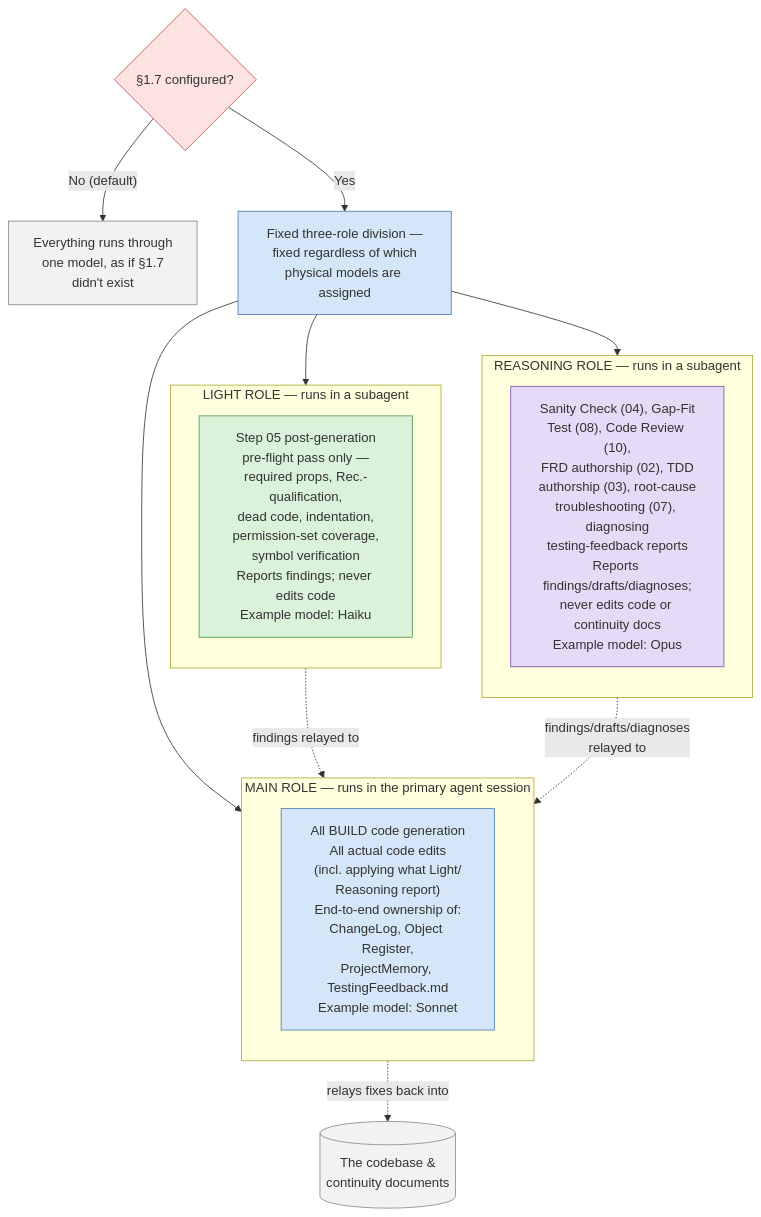
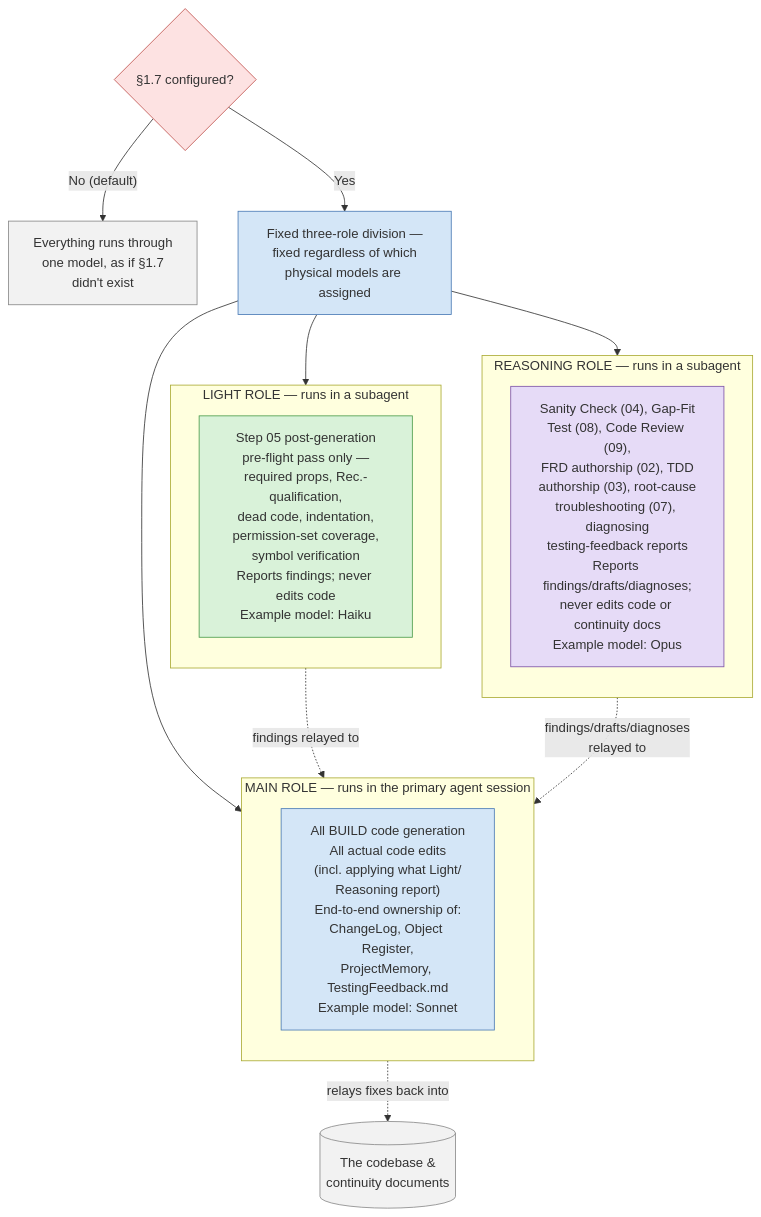
The eighth of 8 diagrams in RunbookSchematics.md (ajansari/ocpfBcAgenticDevFramework), drawn with Mermaid before and after one commit. The commit also changed other lines of this file and 3 other files, not shown here.

````diff
--- a/RunbookSchematics.md
+++ b/RunbookSchematics.md
@@ -364,42 +392,42 @@
 ```mermaid
 flowchart TD
     Config{"§1.7 configured?"}
     Config -- "No (default)" --> OneModel["Everything runs through<br/>one model, as if §1.7<br/>didn't exist"]
     Config -- "Yes" --> ThreeRoles["Fixed three-role division —<br/>fixed regardless of which<br/>physical models are assigned"]
 
     ThreeRoles --> Main
     ThreeRoles --> Light
     ThreeRoles --> Reasoning
 
     subgraph Main["MAIN ROLE — runs in the primary agent session"]
         direction TB
         MainWork["All BUILD code generation<br/>All actual code edits<br/>(incl. applying what Light/<br/>Reasoning report)<br/>End-to-end ownership of:<br/>ChangeLog, Object Register,<br/>ProjectMemory, TestingFeedback.md<br/>Example model: Sonnet"]
     end
 
     subgraph Light["LIGHT ROLE — runs in a subagent"]
         direction TB
         LightWork["Step 05 post-generation<br/>pre-flight pass only —<br/>required props, Rec.-qualification,<br/>dead code, indentation,<br/>permission-set coverage,<br/>symbol verification<br/>Reports findings; never edits code<br/>Example model: Haiku"]
     end
 
     subgraph Reasoning["REASONING ROLE — runs in a subagent"]
         direction TB
-        ReasonWork["Sanity Check (04), Gap-Fit<br/>Test (08), Code Review (10),<br/>FRD authorship (02), TDD<br/>authorship (03), root-cause<br/>troubleshooting (07), diagnosing<br/>testing-feedback reports<br/>Reports findings/drafts/diagnoses;<br/>never edits code or continuity docs<br/>Example model: Opus"]
+        ReasonWork["Sanity Check (04), Gap-Fit<br/>Test (08), Code Review (09),<br/>FRD authorship (02), TDD<br/>authorship (03), root-cause<br/>troubleshooting (07), diagnosing<br/>testing-feedback reports<br/>Reports findings/drafts/diagnoses;<br/>never edits code or continuity docs<br/>Example model: Opus"]
     end
 
     Main -.->|"relays fixes back into"| Codebase[("The codebase &<br/>continuity documents")]
     Light -.->|"findings relayed to"| Main
     Reasoning -.->|"findings/drafts/diagnoses<br/>relayed to"| Main
 
     classDef decision fill:#fde2e2,stroke:#c0504d,stroke-width:1px;
     classDef main fill:#d4e6f7,stroke:#4a7ab5,stroke-width:1px;
     classDef light fill:#d9f2d9,stroke:#4a9b4a,stroke-width:1px;
     classDef reasoning fill:#e6dbf7,stroke:#7d52a8,stroke-width:1px;
     classDef store fill:#f2f2f2,stroke:#888,stroke-width:1px;
     class Config decision;
     class OneModel store;
     class ThreeRoles main;
     class MainWork main;
     class LightWork light;
     class ReasonWork reasoning;
     class Codebase store;
 ```
````
